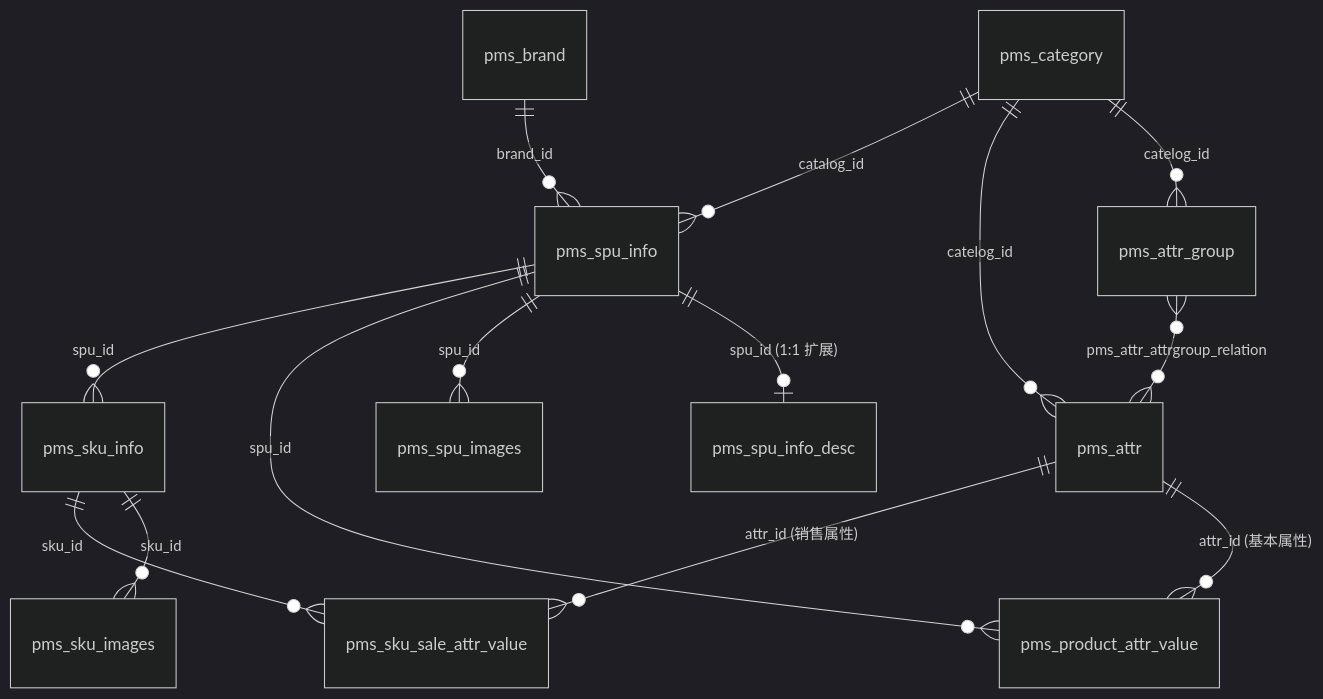
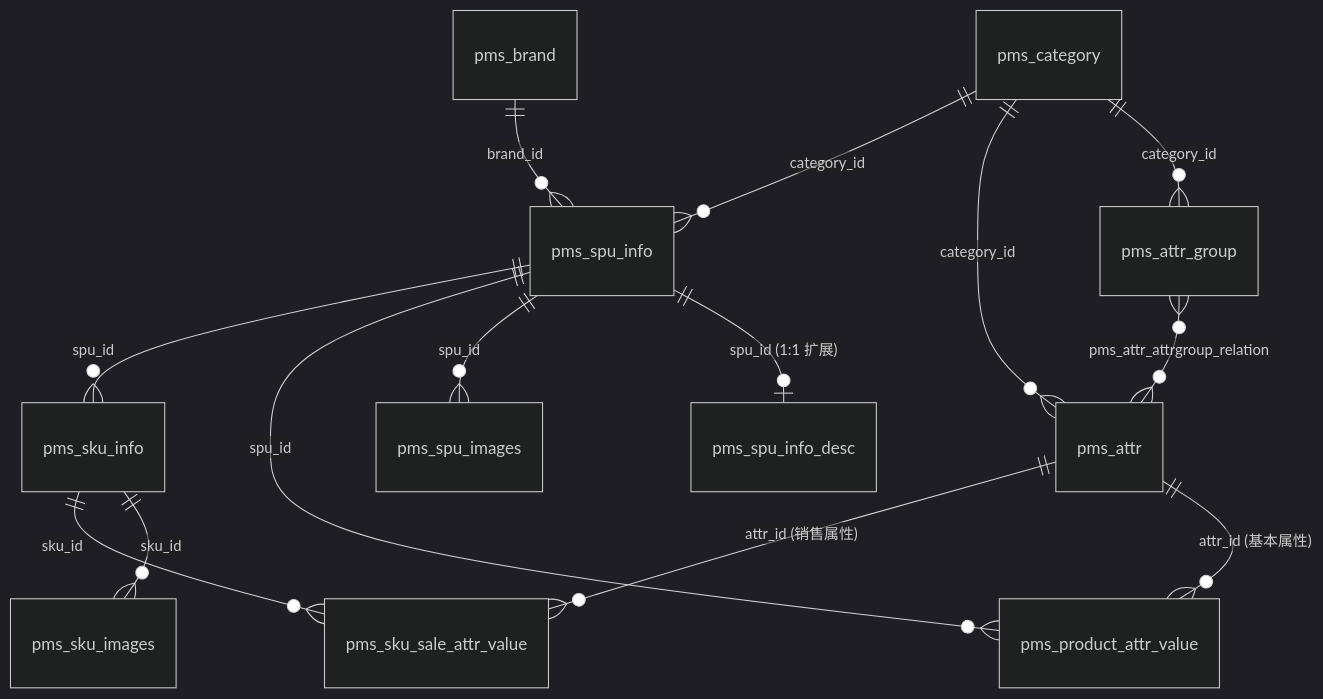
Before and after one commit to QiHaoo/my-mall: the second of 3 diagrams in docs/mall-product/overview.md, drawn with Mermaid (dark theme). The commit also changed other lines of this file and 54 other files, not shown here.

First line of the commit message:
refactor: 商品分类字段命名规范化（catId→id / catelogId→categoryId）

````diff
--- a/docs/mall-product/overview.md
+++ b/docs/mall-product/overview.md
@@ -168,18 +168,18 @@
 ```mermaid
 erDiagram
-    pms_category ||--o{ pms_attr_group : "catelog_id"
-    pms_category ||--o{ pms_attr : "catelog_id"
+    pms_category ||--o{ pms_attr_group : "category_id"
+    pms_category ||--o{ pms_attr : "category_id"
     pms_attr_group }o--o{ pms_attr : "pms_attr_attrgroup_relation"
-    pms_category ||--o{ pms_spu_info : "catalog_id"
+    pms_category ||--o{ pms_spu_info : "category_id"
     pms_brand ||--o{ pms_spu_info : "brand_id"
 
     pms_spu_info ||--o| pms_spu_info_desc : "spu_id (1:1 扩展)"
     pms_spu_info ||--o{ pms_spu_images : "spu_id"
     pms_spu_info ||--o{ pms_product_attr_value : "spu_id"
     pms_attr ||--o{ pms_product_attr_value : "attr_id (基本属性)"
 
     pms_spu_info ||--o{ pms_sku_info : "spu_id"
     pms_sku_info ||--o{ pms_sku_images : "sku_id"
     pms_sku_info ||--o{ pms_sku_sale_attr_value : "sku_id"
     pms_attr ||--o{ pms_sku_sale_attr_value : "attr_id (销售属性)"
 ```
````
